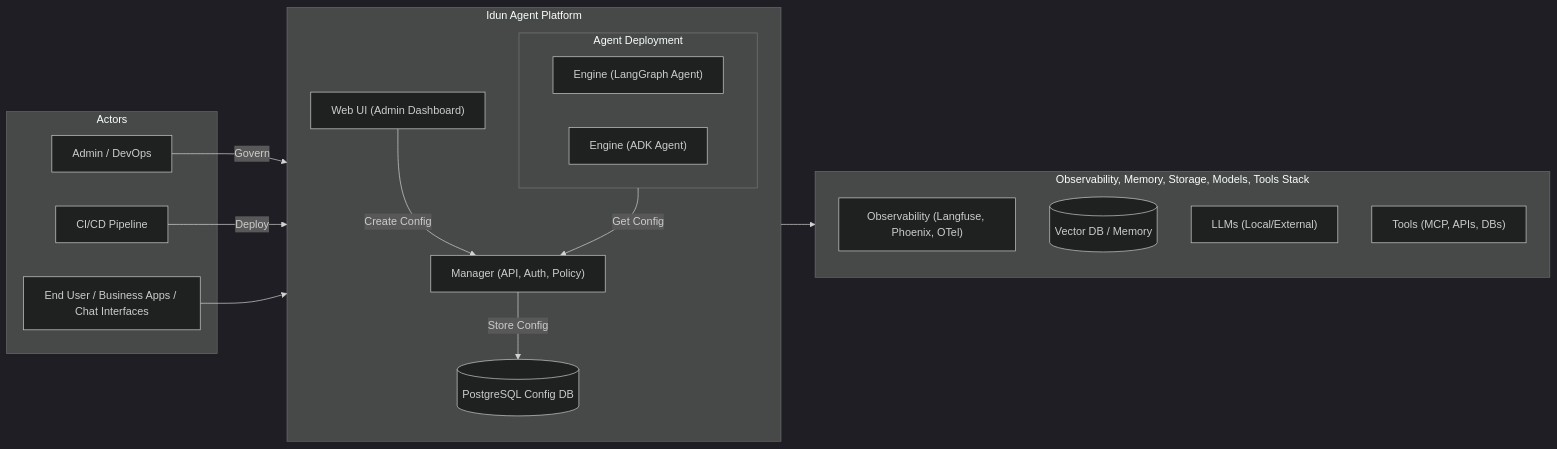
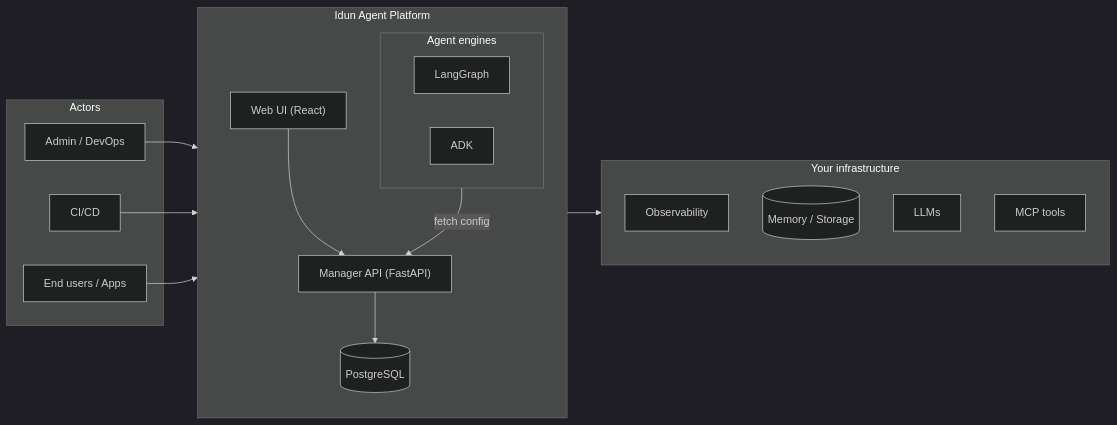
Before and after one commit to Idun-Group/idun-agent-platform: the diagram in README.md, drawn with Mermaid (dark theme). The commit also changed other lines of this file, not shown here.

````diff
--- a/README.md
+++ b/README.md
@@ -218,40 +132,31 @@
 ```mermaid
 flowchart LR
-  subgraph Actors["Actors"]
-    ChatUI["End User / Business Apps / Chat Interfaces"]
+  subgraph Actors
+    ChatUI["End users / Apps"]
     Admin["Admin / DevOps"]
-    CICD["CI/CD Pipeline"]
+    CICD["CI/CD"]
   end
 
-  subgraph Idun_Platform["Idun Agent Platform"]
+  subgraph Platform["Idun Agent Platform"]
     direction TB
-    UI["Web UI (Admin Dashboard)"]
-    MGR["Manager (API, Auth, Policy)"]
-
-    subgraph Agents["Agent Deployment"]
-      ENG1["Engine (LangGraph Agent)"]
-      ENG2["Engine (ADK Agent)"]
+    UI["Web UI (React)"]
+    MGR["Manager API (FastAPI)"]
+    subgraph Engines["Agent engines"]
+      ENG1["LangGraph"]
+      ENG2["ADK"]
     end
-
-    CFGDB[(PostgreSQL Config DB)]
+    DB[(PostgreSQL)]
   end
 
-  subgraph Stack["Observability, Memory, Storage, Models, Tools Stack"]
-    OBS["Observability (Langfuse, Phoenix, OTel)"]
-    VDB[(Vector DB / Memory)]
-    LLM["LLMs (Local/External)"]
-    TOOLS["Tools (MCP, APIs, DBs)"]
+  subgraph Infra["Your infrastructure"]
+    OBS["Observability"]
+    MEM[(Memory / Storage)]
+    LLM["LLMs"]
+    TOOLS["MCP tools"]
   end
 
-  Admin -- "Govern" --> UI
-  UI -- "Create Config" --> MGR
-  MGR -- "Store Config" --> CFGDB
-
-  Agents -- "Get Config" --> MGR
-
-  CICD -- "Deploy" --> Agents
-
-  ChatUI --> Agents
-
-  Agents --> Stack
+  Admin --> UI --> MGR --> DB
+  Engines -- "fetch config" --> MGR
+  CICD --> Engines
+  ChatUI --> Engines --> Infra
 ```
````
